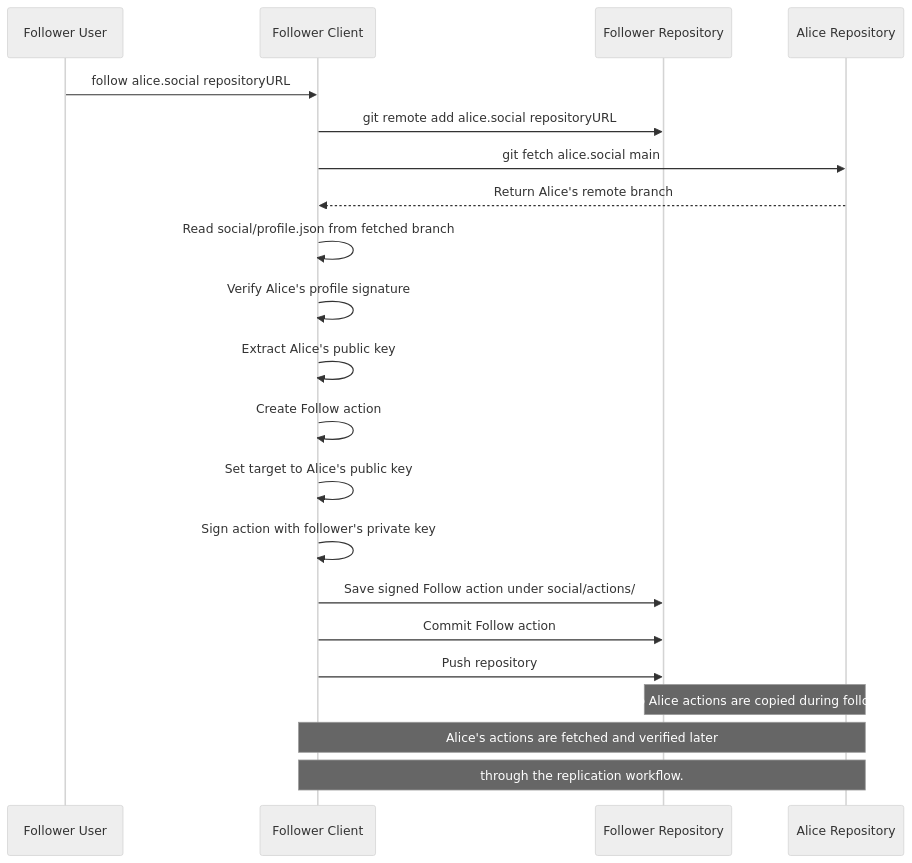
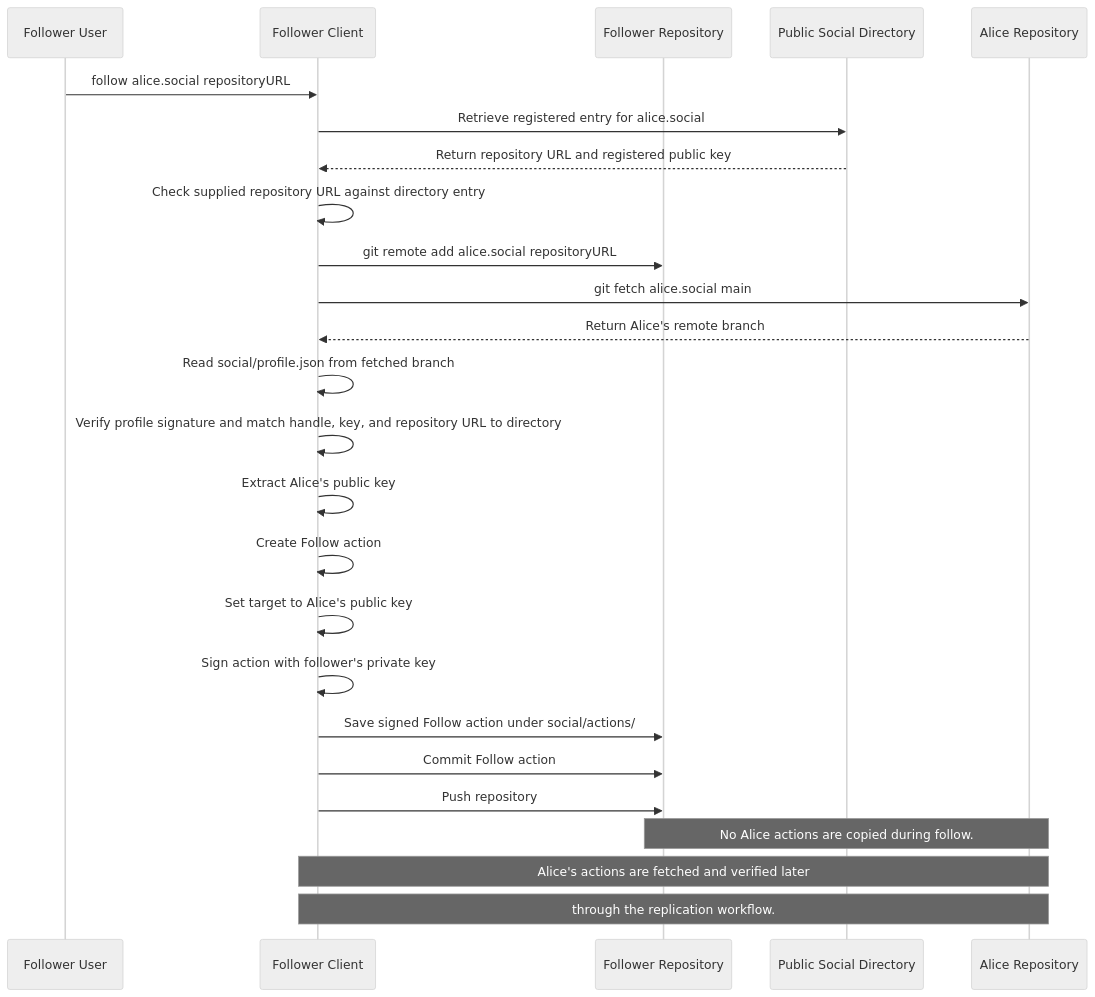
One commit to gargster/ELEC4712_Decentralised_Blog changed the fourth of 8 diagrams in latest_design.md. Above: the diagram before and after it, drawn with Mermaid (neutral theme). The commit also changed other lines of this file and 1 other file, not shown here.

````diff
--- a/latest_design.md
+++ b/latest_design.md
@@ -105,30 +105,35 @@
 ```mermaid
 sequenceDiagram
     participant User as Follower User
     participant Client as Follower Client
     participant Repo as Follower Repository
+    participant Directory as Public Social Directory
     participant Alice as Alice Repository
 
     User->>Client: follow alice.social repositoryURL
+
+    Client->>Directory: Retrieve registered entry for alice.social
+    Directory-->>Client: Return repository URL and registered public key
+    Client->>Client: Check supplied repository URL against directory entry
 
     Client->>Repo: git remote add alice.social repositoryURL
 
     Client->>Alice: git fetch alice.social main
     Alice-->>Client: Return Alice's remote branch
 
     Client->>Client: Read social/profile.json from fetched branch
-    Client->>Client: Verify Alice's profile signature
+    Client->>Client: Verify profile signature and match handle, key, and repository URL to directory
     Client->>Client: Extract Alice's public key
 
     Client->>Client: Create Follow action
     Client->>Client: Set target to Alice's public key
     Client->>Client: Sign action with follower's private key
 
     Client->>Repo: Save signed Follow action under social/actions/
     Client->>Repo: Commit Follow action
     Client->>Repo: Push repository
 
     Note over Repo,Alice: No Alice actions are copied during follow.
     Note over Client,Alice: Alice's actions are fetched and verified later
     Note over Client,Alice: through the replication workflow.
 ```
````
